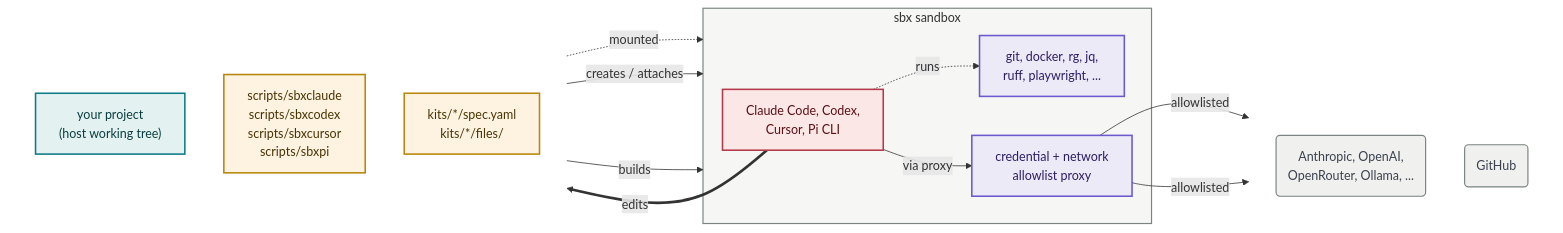
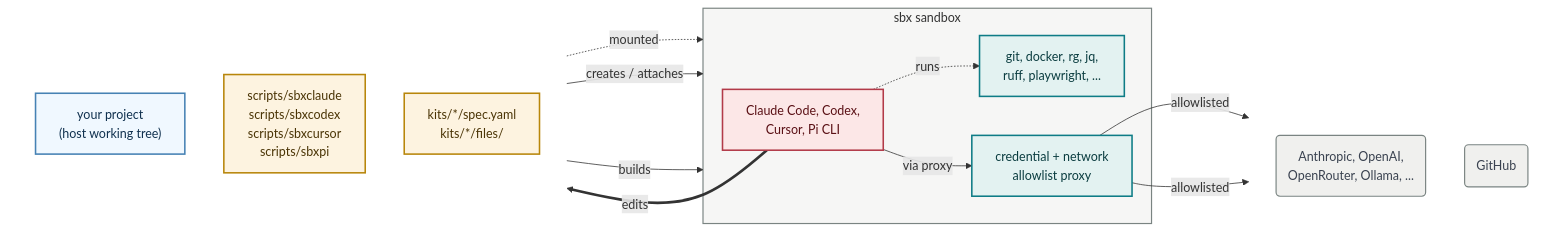
Before and after one commit to lars20070/sbxagent: the diagram in README.md, drawn with Mermaid.

Commit message:
Change colours in Mermaid diagram

````diff
--- a/README.md
+++ b/README.md
@@ -19,43 +19,43 @@
 ```mermaid
 flowchart LR
   subgraph IN[" "]
     direction TB
     PROJ["your project<br/>(host working tree)"]
     DRV["scripts/sbxclaude<br/>scripts/sbxcodex<br/>scripts/sbxcursor<br/>scripts/sbxpi"]
     KIT["kits/*/spec.yaml<br/>kits/*/files/"]
   end
 
   subgraph VM["sbx sandbox"]
     AGENT["Claude Code, Codex,<br/>Cursor, Pi CLI"]
     TOOLS["git, docker, rg, jq,<br/>ruff, playwright, ..."]
     PROXY["credential + network<br/>allowlist proxy"]
   end
 
   subgraph NET[" "]
     direction TB
     LLM("Anthropic, OpenAI, <br/>OpenRouter, Ollama, ...")
     GH("GitHub")
   end
 
   PROJ -.->|"mounted"| VM
   DRV -->|"creates / attaches"| VM
   KIT -->|"builds"| VM
   AGENT -.->|"runs"| TOOLS
   AGENT -->|"via proxy"| PROXY
   PROXY -->|"allowlisted"| LLM & GH
   AGENT ==>|"edits"| PROJ
 
-  classDef data    fill:#E3F2F1,stroke:#0E7C86,stroke-width:2px,color:#0B3D40
+  classDef data    fill:aliceblue,stroke:steelblue,stroke-width:2px,color:#10314F
   classDef host    fill:#FDF3E0,stroke:#B8860B,stroke-width:2px,color:#4A3405
-  classDef helper  fill:#EDEAF7,stroke:#6A5ACD,stroke-width:2px,color:#2E1D63
+  classDef helper  fill:#E3F2F1,stroke:#0E7C86,stroke-width:2px,color:#0B3D40
   classDef agent   fill:#FCE7E7,stroke:#B23A48,stroke-width:2px,color:#5A1015
   classDef ext     fill:#F0F0EE,stroke:#7A8482,stroke-width:1.5px,color:#3A4250
   class PROJ data
   class KIT,DRV host
   class TOOLS,PROXY helper
   class AGENT agent
   class GH,LLM ext
   style VM fill:#F6F6F5,stroke:#7A8482,stroke-width:1.5px
   style IN fill:none,stroke:none
   style NET fill:none,stroke:none
 ```
````
